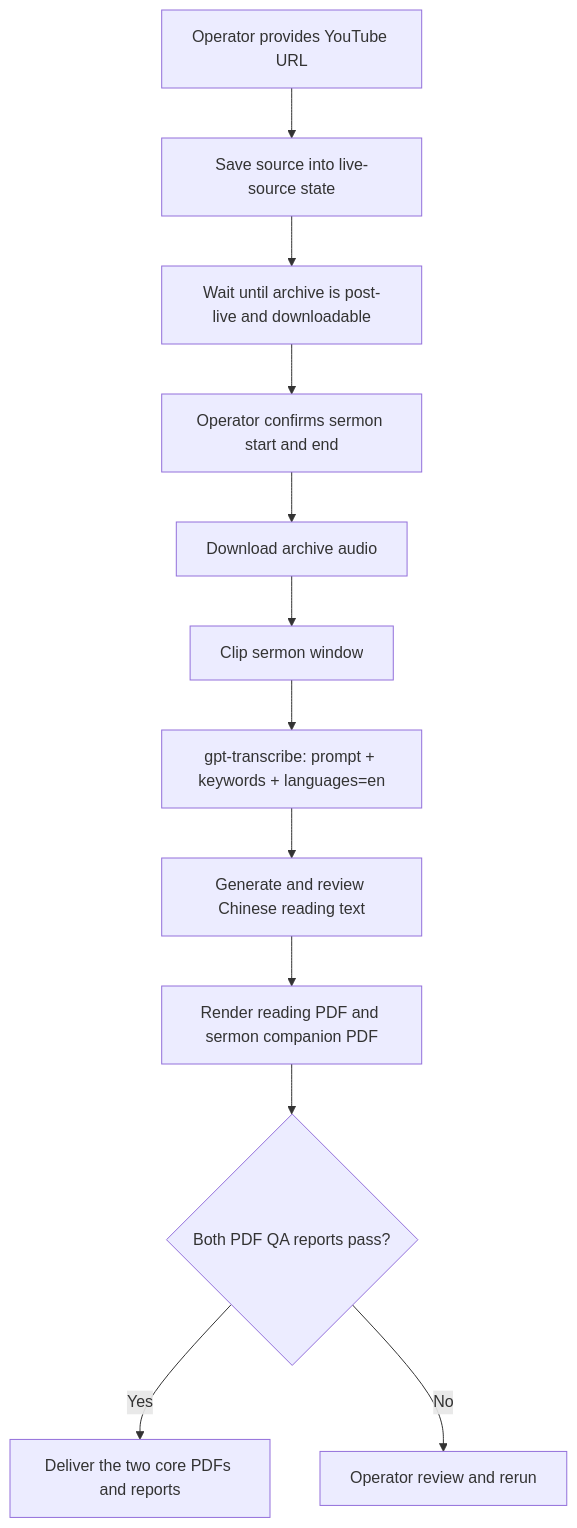
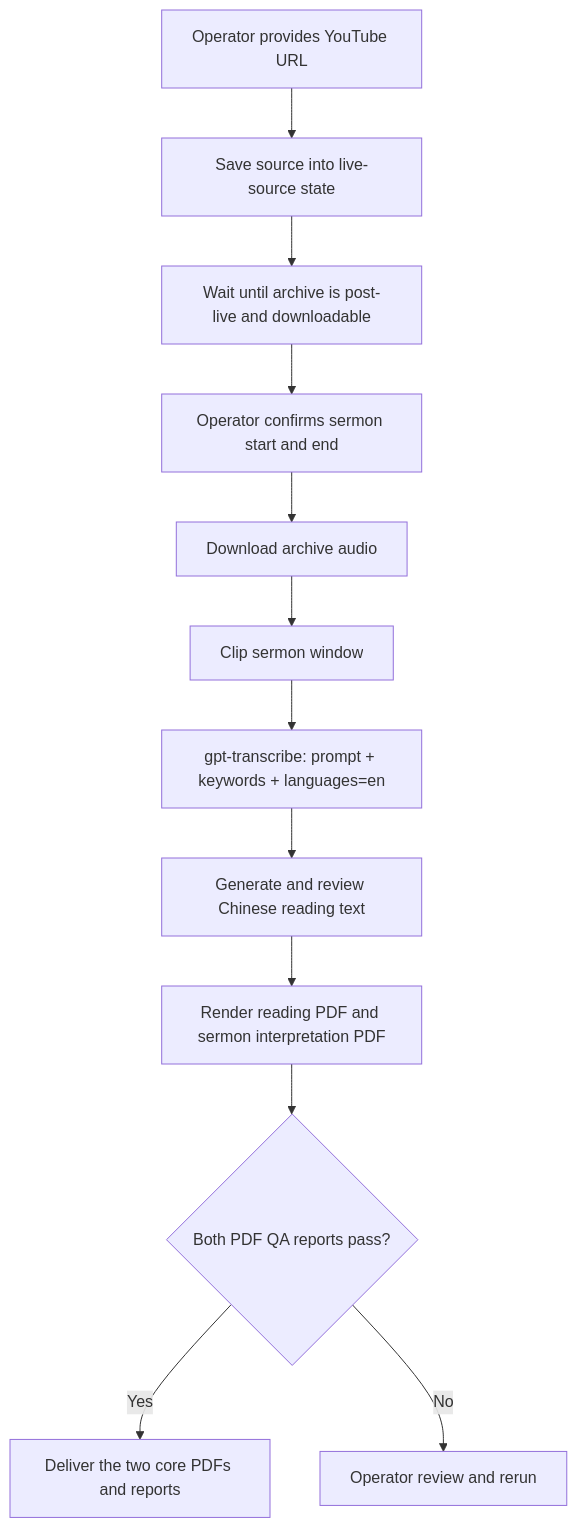
The diagram in docs/stable-post-live-reading-pdf-workflow.md (JonathanJing/sermon-video-zh-subtitles), drawn with Mermaid before and after one commit. The commit also changed other lines of this file and 23 other files, not shown here.

Commit message:
Integrate traceable sermon interpretation PDF

````diff
--- a/docs/stable-post-live-reading-pdf-workflow.md
+++ b/docs/stable-post-live-reading-pdf-workflow.md
@@ -28,14 +28,14 @@
 ```mermaid
 flowchart TD
     A[Operator provides YouTube URL] --> B[Save source into live-source state]
     B --> C[Wait until archive is post-live and downloadable]
     C --> D[Operator confirms sermon start and end]
     D --> E[Download archive audio]
     E --> F[Clip sermon window]
     F --> G["gpt-transcribe: prompt + keywords + languages=en"]
     G --> H[Generate and review Chinese reading text]
-    H --> I[Render reading PDF and sermon companion PDF]
+    H --> I[Render reading PDF and sermon interpretation PDF]
     I --> J{Both PDF QA reports pass?}
     J -- Yes --> K[Deliver the two core PDFs and reports]
     J -- No --> L[Operator review and rerun]
 ```
````
